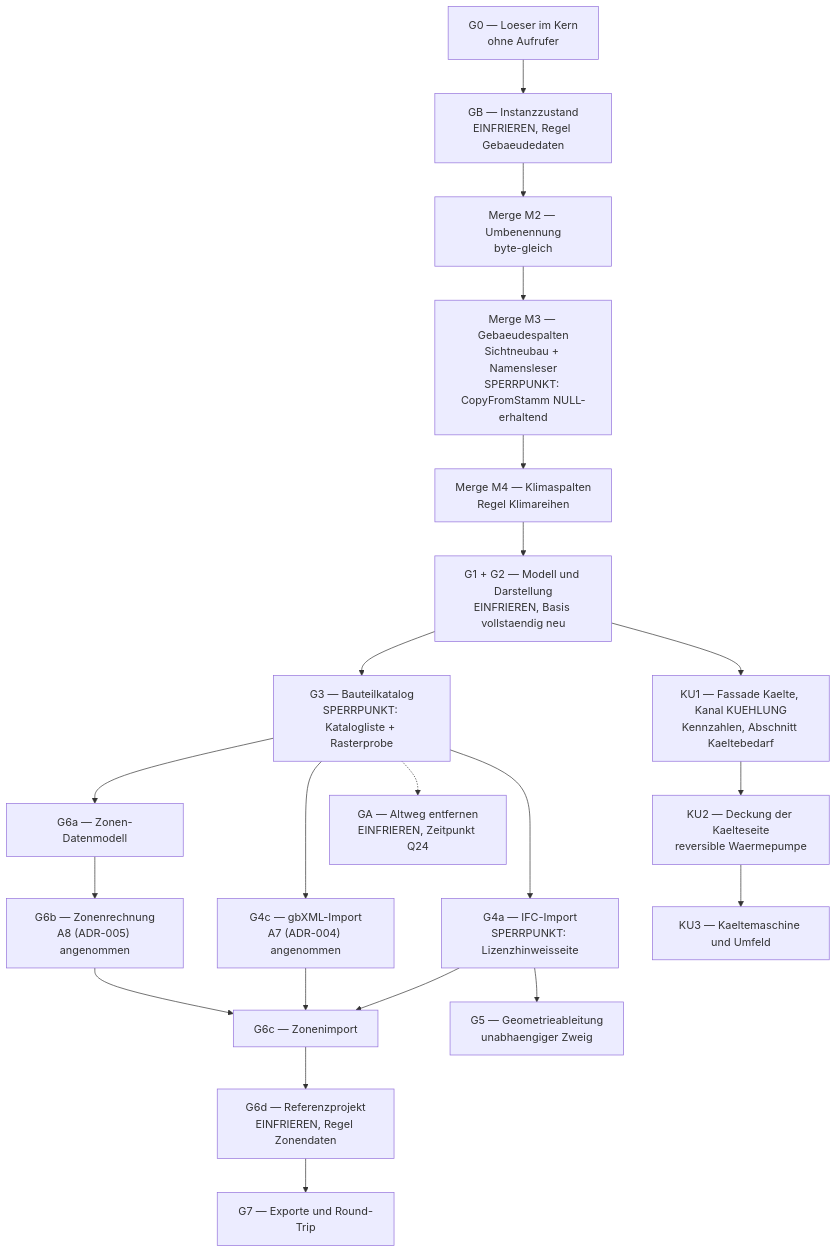
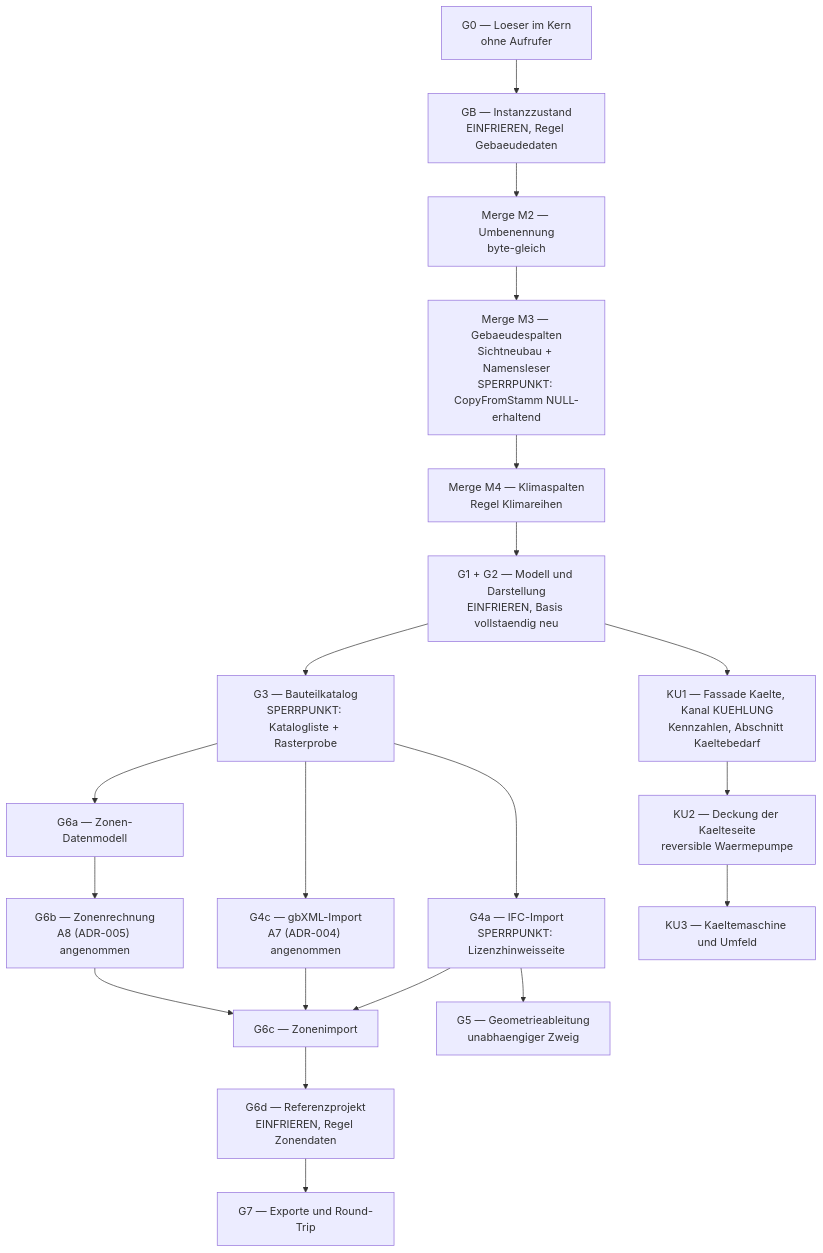
One commit to inekon/EPOS-Plan changed diagram 16 of 16 in Dokumentation/aktuell/Softwarearchitektur_Gebaeudesimulation_EPOS-Plan.md. Above: the diagram before and after it, drawn with Mermaid. The commit also changed other lines of this file and 14 other files, not shown here.

````diff
--- a/Dokumentation/aktuell/Softwarearchitektur_Gebaeudesimulation_EPOS-Plan.md
+++ b/Dokumentation/aktuell/Softwarearchitektur_Gebaeudesimulation_EPOS-Plan.md
@@ -1992,23 +2004,22 @@
 ```mermaid
 flowchart TB
   G0["G0 — Loeser im Kern<br/>ohne Aufrufer"] --> GB["GB — Instanzzustand<br/>EINFRIEREN, Regel Gebaeudedaten"]
   GB --> M2["Merge M2 — Umbenennung<br/>byte-gleich"]
   M2 --> M3["Merge M3 — Gebaeudespalten<br/>Sichtneubau + Namensleser<br/>SPERRPUNKT: CopyFromStamm NULL-erhaltend"]
   M3 --> M4["Merge M4 — Klimaspalten<br/>Regel Klimareihen"]
   M4 --> G12["G1 + G2 — Modell und Darstellung<br/>EINFRIEREN, Basis vollstaendig neu"]
   G12 --> G3["G3 — Bauteilkatalog<br/>SPERRPUNKT: Katalogliste + Rasterprobe"]
   G3 --> G4A["G4a — IFC-Import<br/>SPERRPUNKT: Lizenzhinweisseite"]
   G3 --> G4C["G4c — gbXML-Import<br/>A7 (ADR-004) angenommen"]
   G3 --> G6A["G6a — Zonen-Datenmodell"]
   G4A --> G6C
   G4C --> G6C
   G6A --> G6B["G6b — Zonenrechnung<br/>A8 (ADR-005) angenommen"]
   G6B --> G6C["G6c — Zonenimport"]
   G6C --> G6D["G6d — Referenzprojekt<br/>EINFRIEREN, Regel Zonendaten"]
   G6D --> G7["G7 — Exporte und Round-Trip"]
   G4A --> G5["G5 — Geometrieableitung<br/>unabhaengiger Zweig"]
   G12 --> KU1["KU1 — Fassade Kaelte, Kanal KUEHLUNG<br/>Kennzahlen, Abschnitt Kaeltebedarf"]
   KU1 --> KU2["KU2 — Deckung der Kaelteseite<br/>reversible Waermepumpe"]
   KU2 --> KU3["KU3 — Kaeltemaschine und Umfeld"]
-  G3 -.-> GA["GA — Altweg entfernen<br/>EINFRIEREN, Zeitpunkt Q24"]
 ```
````
